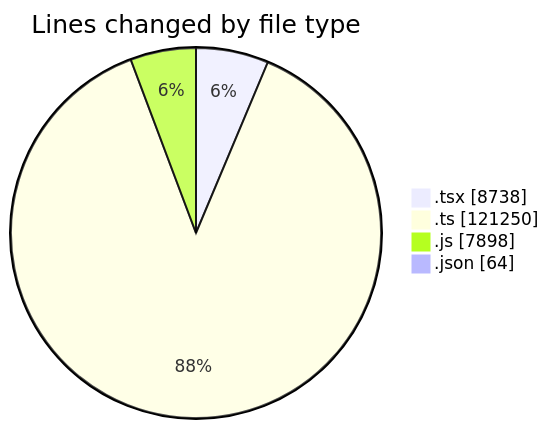
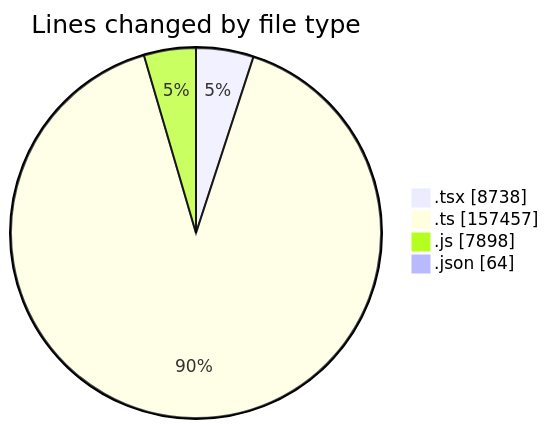
One commit to momahboobian/code-tracking changed the first of 2 diagrams in 2026-07-30/cda/README.md. Above: the diagram before and after it, drawn with Mermaid. The commit also changed other lines of this file and 1 other file, not shown here.

````diff
--- a/2026-07-30/cda/README.md
+++ b/2026-07-30/cda/README.md
@@ -56,8 +57,8 @@
 ```mermaid
 pie showData
 title Lines changed by file type
 ".tsx" : 8738
-".ts" : 121250
+".ts" : 157457
 ".js" : 7898
 ".json" : 64
 ```
````
